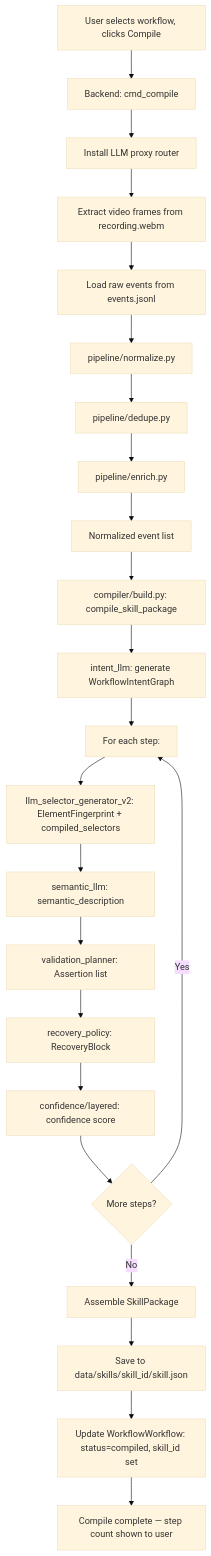
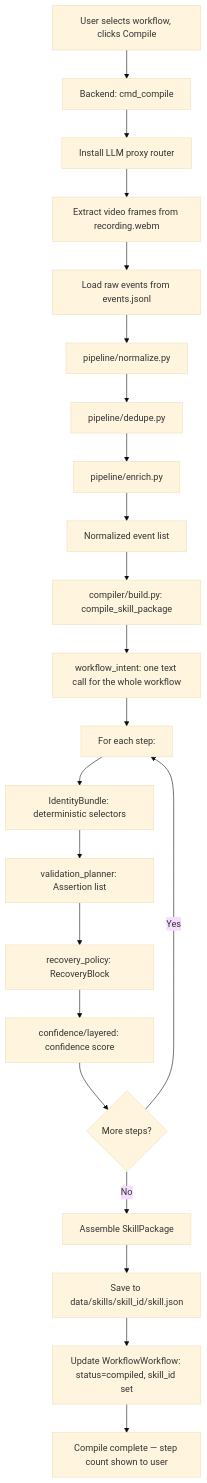
The sixth of 22 diagrams in docs/App-Flow.md (Cannonbold2412/CONXA), drawn with Mermaid (base theme) before and after one commit. The commit also changed 6 other files, not shown here.

First line of the commit message:
docs: document named-attr identity, upload fix, integrity fix, LLM removal; rotate FIX log

````diff
--- a/docs/App-Flow.md
+++ b/docs/App-Flow.md
@@ -209,26 +209,25 @@
 ```mermaid
 flowchart TD
     A[User selects workflow, clicks Compile] --> B[Backend: cmd_compile]
     B --> C[Install LLM proxy router]
     C --> C2[Extract video frames from recording.webm]
     C2 --> D[Load raw events from events.jsonl]
     D --> E[pipeline/normalize.py]
     E --> F[pipeline/dedupe.py]
     F --> G[pipeline/enrich.py]
     G --> H[Normalized event list]
     H --> I[compiler/build.py: compile_skill_package]
     
-    I --> J[intent_llm: generate WorkflowIntentGraph]
+    I --> J[workflow_intent: one text call for the whole workflow]
     J --> K[For each step:]
-    K --> L[llm_selector_generator_v2: ElementFingerprint + compiled_selectors]
-    L --> M[semantic_llm: semantic_description]
-    M --> N[validation_planner: Assertion list]
+    K --> L[IdentityBundle: deterministic selectors]
+    L --> N[validation_planner: Assertion list]
     N --> O[recovery_policy: RecoveryBlock]
     O --> P[confidence/layered: confidence score]
     P --> Q{More steps?}
     Q -->|Yes| K
     Q -->|No| R[Assemble SkillPackage]
     R --> S[Save to data/skills/skill_id/skill.json]
     S --> T[Update WorkflowWorkflow: status=compiled, skill_id set]
     T --> U[Compile complete — step count shown to user]
 ```
````
